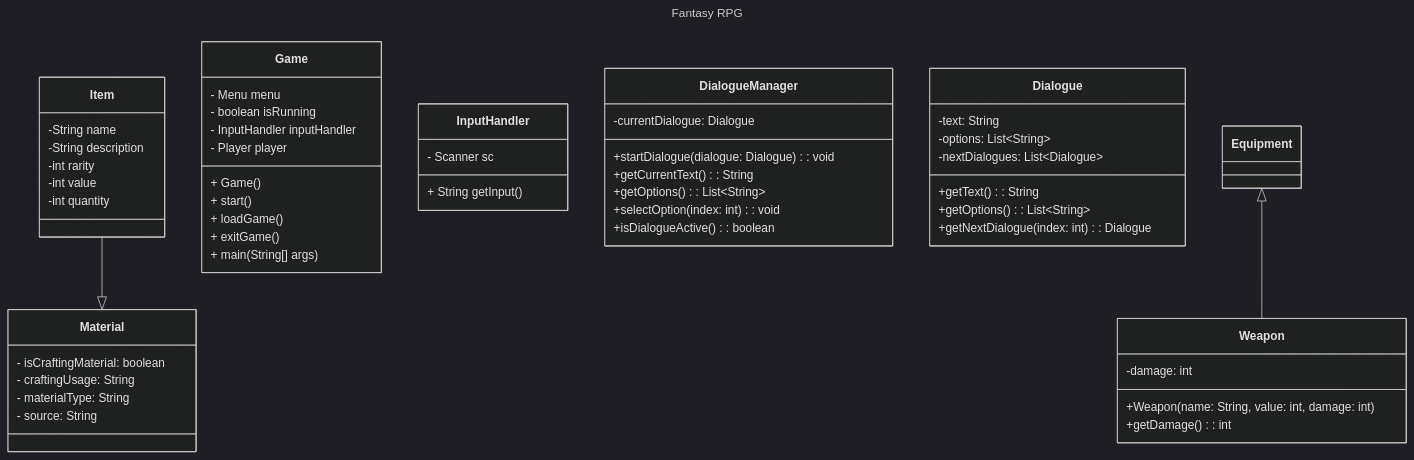
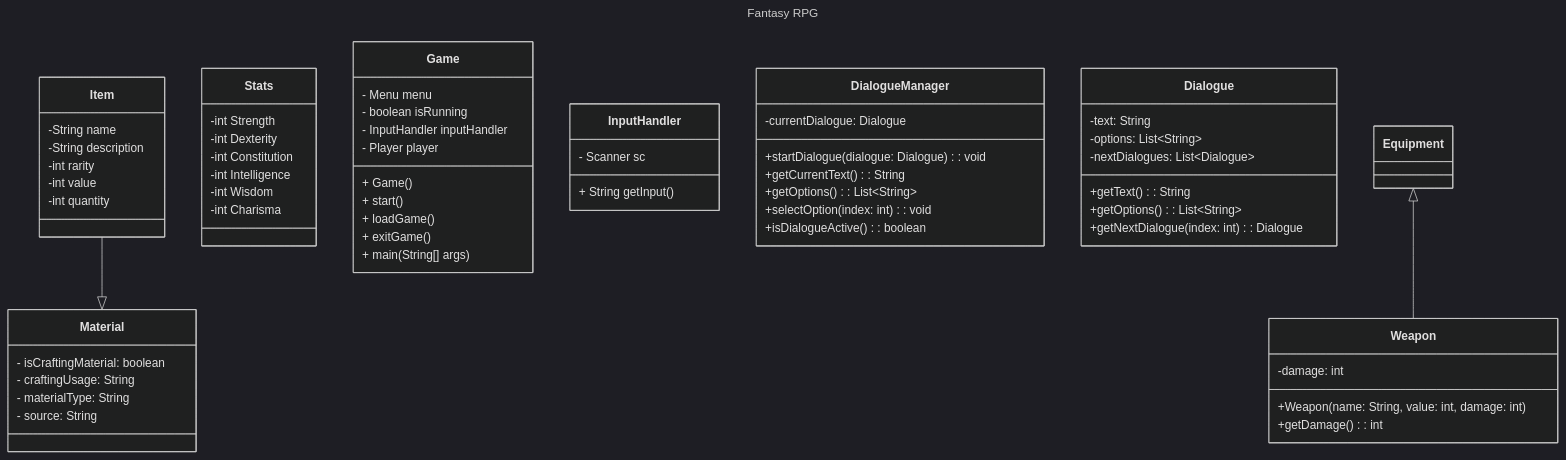
The diagram in wiki/Class-Diagram.md (pacalso-jjc/2425-2nd-cc3-1b-rpg), drawn with Mermaid (dark theme) before and after one commit.

Commit message:
Added class diagram for stats

````diff
--- a/wiki/Class-Diagram.md
+++ b/wiki/Class-Diagram.md
@@ -1,63 +1,73 @@
 ```mermaid
 ---
 title: Fantasy RPG
 ---
 classDiagram
     Item --|> Material
     class Material {
         - isCraftingMaterial: boolean
         - craftingUsage: String
         - materialType: String
         - source: String
     }
 
     class Item{
         -String name
         -String description
         -int rarity
         -int value
         -int quantity
+    }
+    
+    class Stats{
+ 	-int Strength
+	-int Dexterity
+	-int Constitution
+	-int Intelligence
+	-int Wisdom
+	-int Charisma
     }
 
     class Game{
         - Menu menu
         - boolean isRunning
         - InputHandler inputHandler
         - Player player
         + Game()
         + start()
         + loadGame()
         + exitGame()
         + main(String[] args)
     }
 
     class InputHandler{
         - Scanner sc
         + String getInput()
     }
 
     class DialogueManager {
         -currentDialogue: Dialogue
         +startDialogue(dialogue: Dialogue): void
         +getCurrentText(): String
         +getOptions(): List~String~
         +selectOption(index: int): void
         +isDialogueActive(): boolean
     } 
 
     class Dialogue {
         -text: String
         -options: List~String~
         -nextDialogues: List~Dialogue~
         +getText(): String
         +getOptions(): List~String~
         +getNextDialogue(index: int): Dialogue
     }
 
     Equipment <|-- Weapon
     class Weapon {
         -damage: int
         +Weapon(name: String, value: int, damage: int)
         +getDamage(): int
     }
+
 ```
````
